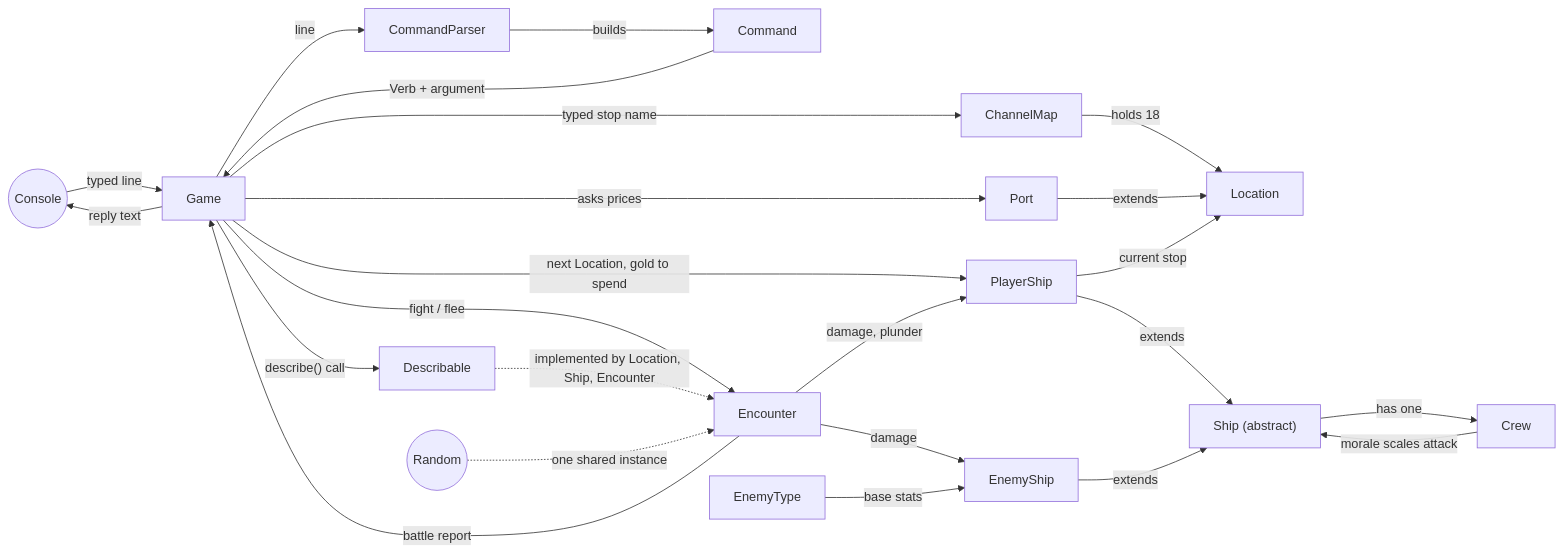
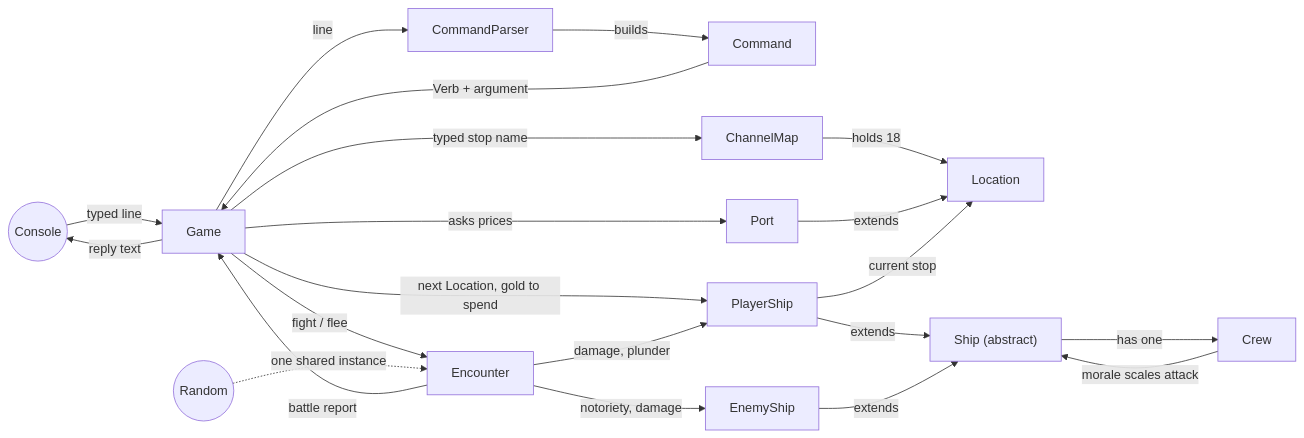
Before and after one commit to DRMarcosVT/cs2114-project1-group87: the diagram in docs/system-diagram.mmd, drawn with Mermaid. The commit also changed 31 other files, not shown here.

```diff
--- a/docs/system-diagram.mmd
+++ b/docs/system-diagram.mmd
@@ -1,41 +1,36 @@
 flowchart LR
     Console(("Console"))
     Game["Game"]
     CommandParser["CommandParser"]
     Command["Command"]
     ChannelMap["ChannelMap"]
     Location["Location"]
     Port["Port"]
     Encounter["Encounter"]
     Ship["Ship (abstract)"]
     PlayerShip["PlayerShip"]
     EnemyShip["EnemyShip"]
-    EnemyType["EnemyType"]
-    Describable["Describable"]
     Crew["Crew"]
     Random(("Random"))
 
     Console -- "typed line" --> Game
     Game -- "reply text" --> Console
     Game -- "line" --> CommandParser
     CommandParser -- "builds" --> Command
     Command -- "Verb + argument" --> Game
 
     Game -- "typed stop name" --> ChannelMap
     ChannelMap -- "holds 18" --> Location
     Game -- "asks prices" --> Port
     Port -- "extends" --> Location
     Game -- "next Location, gold to spend" --> PlayerShip
     PlayerShip -- "current stop" --> Location
     Game -- "fight / flee" --> Encounter
     Encounter -- "battle report" --> Game
     Encounter -- "damage, plunder" --> PlayerShip
-    Encounter -- "damage" --> EnemyShip
+    Encounter -- "notoriety, damage" --> EnemyShip
     PlayerShip -- "extends" --> Ship
     EnemyShip -- "extends" --> Ship
-    EnemyType -- "base stats" --> EnemyShip
-    Game -- "describe() call" --> Describable
-    Describable -. "implemented by Location, Ship, Encounter" .-> Encounter
     Ship -- "has one" --> Crew
     Crew -- "morale scales attack" --> Ship
     Random -. "one shared instance" .-> Encounter
```
